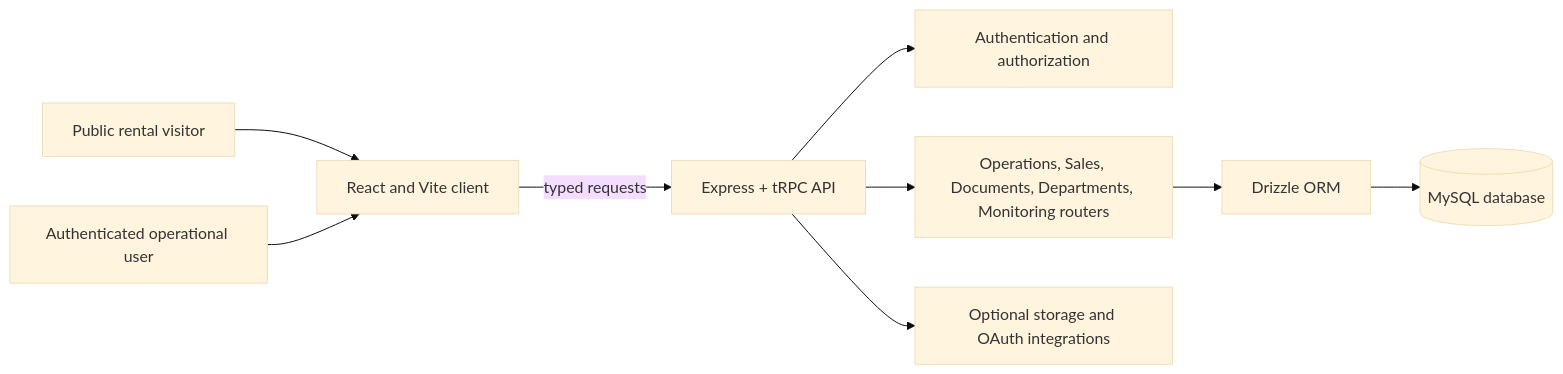
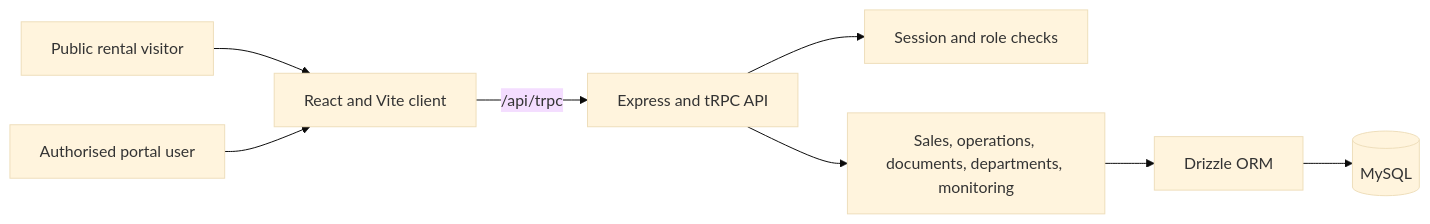
The diagram in README.md (docs-bit/bob-cranes-operations-portal), drawn with Mermaid (base theme) before and after one commit. The commit also changed other lines of this file and 23 other files, not shown here.

````diff
--- a/README.md
+++ b/README.md
@@ -51,11 +28,10 @@
 ```mermaid
 flowchart LR
-  A[Public rental visitor] --> B[React and Vite client]
-  C[Authenticated operational user] --> B
-  B -->|typed requests| D[Express + tRPC API]
-  D --> E[Authentication and authorization]
-  D --> F[Operations, Sales, Documents, Departments, Monitoring routers]
-  F --> G[Drizzle ORM]
-  G --> H[(MySQL database)]
-  D --> I[Optional storage and OAuth integrations]
+  visitor[Public rental visitor] --> client[React and Vite client]
+  user[Authorised portal user] --> client
+  client -->|/api/trpc| api[Express and tRPC API]
+  api --> auth[Session and role checks]
+  api --> domains[Sales, operations, documents, departments, monitoring]
+  domains --> data[Drizzle ORM]
+  data --> mysql[(MySQL)]
 ```
````
